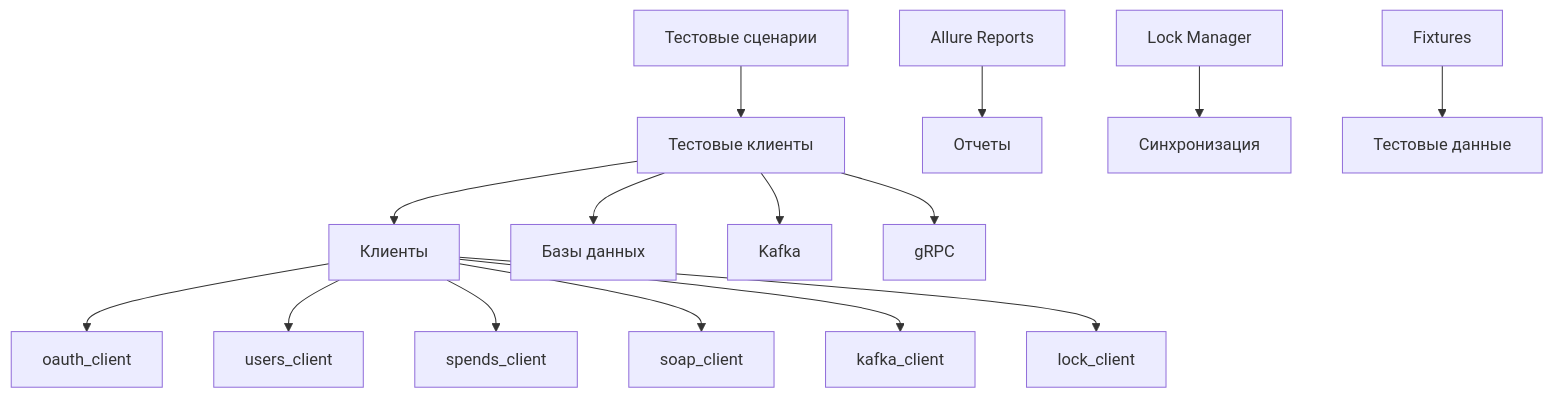
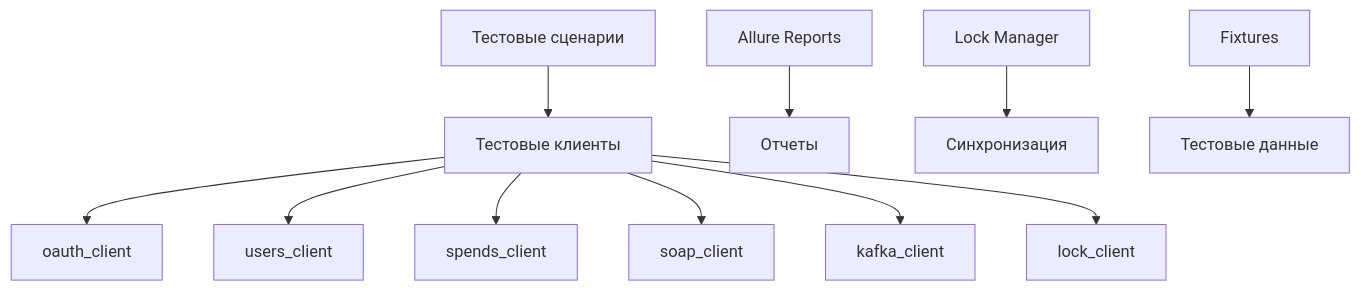
The diagram in niffler-python-tests/README.md (illusionx11/niffler-py-st3), drawn with Mermaid before and after one commit.

````diff
--- a/niffler-python-tests/README.md
+++ b/niffler-python-tests/README.md
@@ -78,19 +78,15 @@
 ```mermaid
 graph TB
     A[Тестовые сценарии] --> B[Тестовые клиенты]
-    B --> C[Клиенты]
-    B --> D[Базы данных]
-    B --> E[Kafka]
-    B --> F[gRPC]
-    
+    B --> B1[oauth_client]
+    B --> B2[users_client]
+    B --> B3[spends_client]
+    B --> B4[soap_client]
+    B --> B5[kafka_client]
+    B --> B6[lock_client]
+
     G[Allure Reports] --> H[Отчеты]
     I[Lock Manager] --> J[Синхронизация]
     K[Fixtures] --> L[Тестовые данные]
     
-    C --> C1[oauth_client]
-    C --> C2[users_client]
-    C --> C3[spends_client]
-    C --> C4[soap_client]
-    C --> C5[kafka_client]
-    C --> C6[lock_client]
 ```
````
